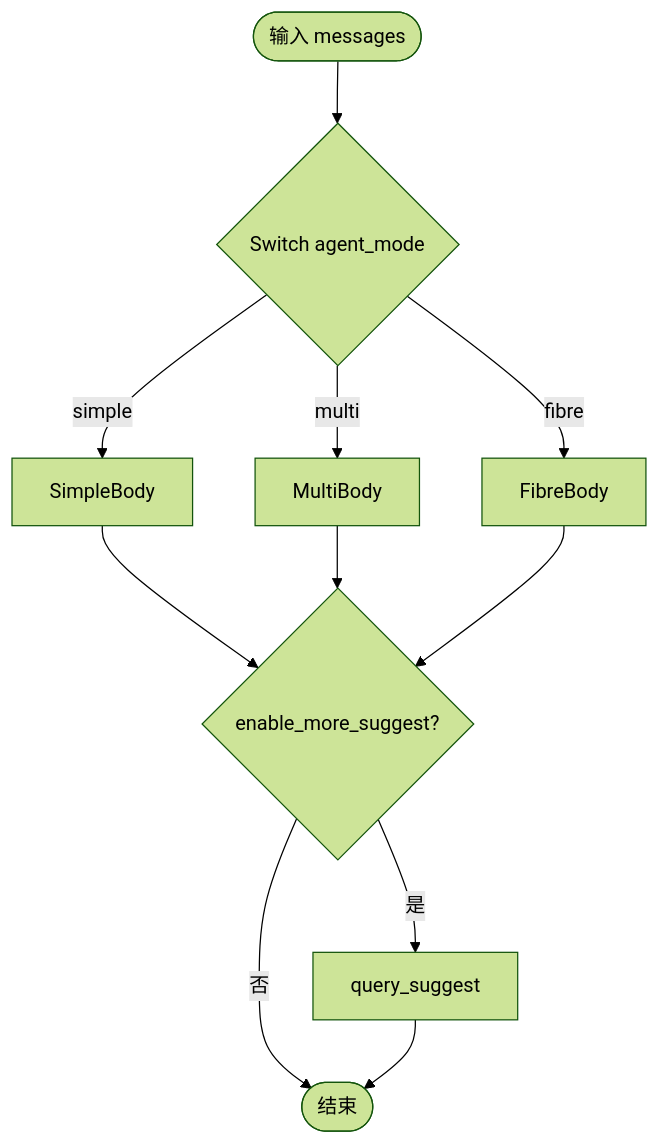
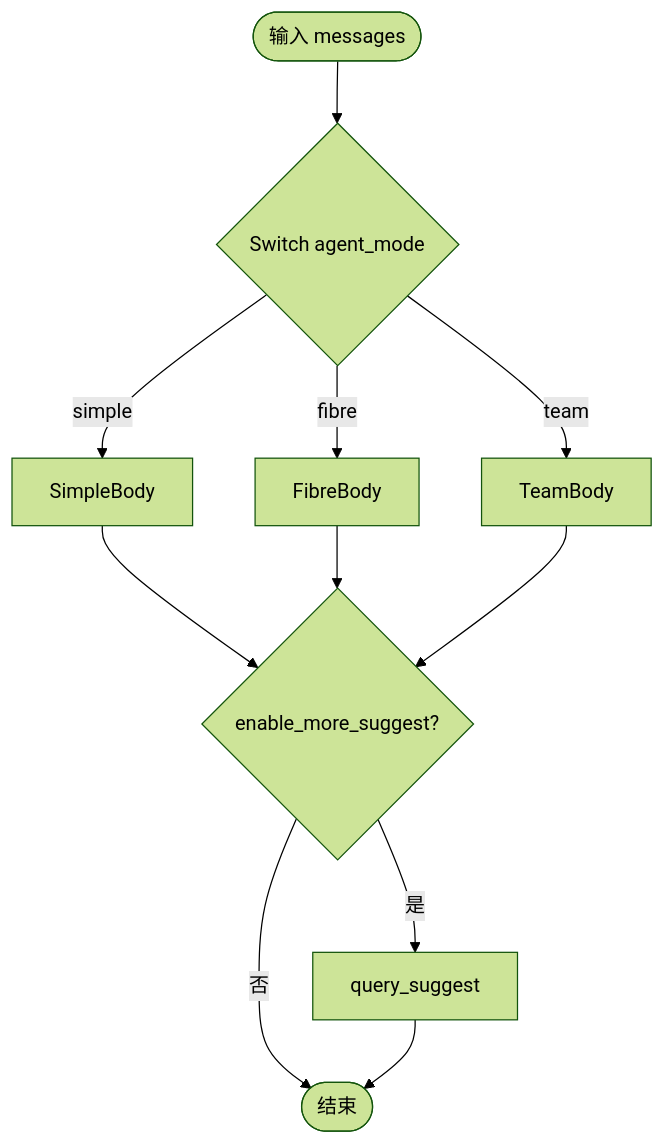
One commit to ZHangZHengEric/Sage changed the seventh of 9 diagrams in docs/zh/architecture/ARCHITECTURE_SAGENTS_AGENT_FLOW.md. Above: the diagram before and after it, drawn with Mermaid (forest theme). The commit also changed other lines of this file and 141 other files, not shown here.

````diff
--- a/docs/zh/architecture/ARCHITECTURE_SAGENTS_AGENT_FLOW.md
+++ b/docs/zh/architecture/ARCHITECTURE_SAGENTS_AGENT_FLOW.md
@@ -165,14 +151,14 @@
 ```mermaid
 flowchart TB
     Start([输入 messages]) --> Sw{Switch agent_mode}
     Sw -->|simple| SimpleBody
-    Sw -->|multi| MultiBody
     Sw -->|fibre| FibreBody
+    Sw -->|team| TeamBody
     SimpleBody --> More
-    MultiBody --> More
     FibreBody --> More
+    TeamBody --> More
     More{enable_more_suggest?}
     More -->|是| QS[query_suggest]
     More -->|否| End
     QS --> End([结束])
 ```
````
